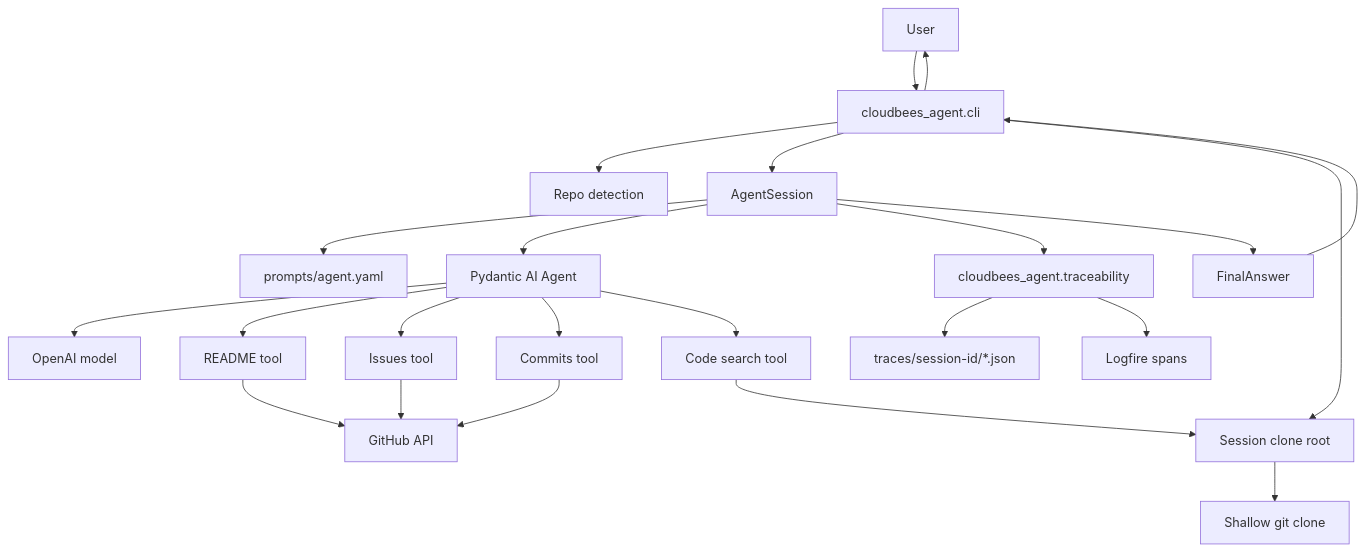
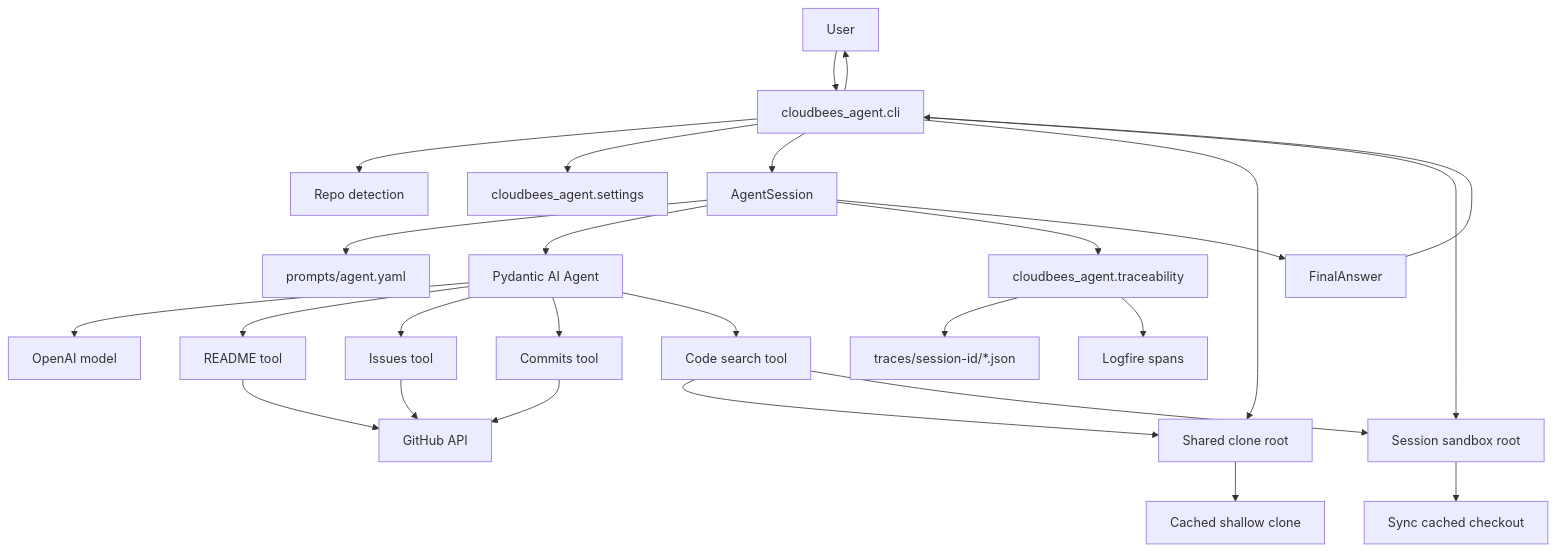
The diagram in docs/architecture.md (tedzhao226/github-evidence-agent), drawn with Mermaid before and after one commit. The commit also changed other lines of this file and 23 other files, not shown here.

Commit message:
Refine CloudBees agent CLI tool wiring

````diff
--- a/docs/architecture.md
+++ b/docs/architecture.md
@@ -21,29 +21,33 @@
 ```mermaid
 flowchart TD
     user[User] --> cli[cloudbees_agent.cli]
     cli --> repo[Repo detection]
+    cli --> settings[cloudbees_agent.settings]
     cli --> session[AgentSession]
-    cli --> cloneRoot[Session clone root]
+    cli --> cloneRoot[Shared clone root]
+    cli --> sandboxRoot[Session sandbox root]
 
     session --> prompts[prompts/agent.yaml]
     session --> model[Pydantic AI Agent]
     model --> openai[OpenAI model]
     model --> readme[README tool]
     model --> issues[Issues tool]
     model --> commits[Commits tool]
     model --> codeSearch[Code search tool]
 
     readme --> github[GitHub API]
     issues --> github
     commits --> github
     codeSearch --> cloneRoot
-    cloneRoot --> gitClone[Shallow git clone]
+    cloneRoot --> gitClone[Cached shallow clone]
+    codeSearch --> sandboxRoot
+    sandboxRoot --> rsync[Sync cached checkout]
 
     session --> traceability[cloudbees_agent.traceability]
     traceability --> localTrace[traces/session-id/*.json]
     traceability --> logfire[Logfire spans]
 
     session --> answer[FinalAnswer]
     answer --> cli
     cli --> user
 ```
````
